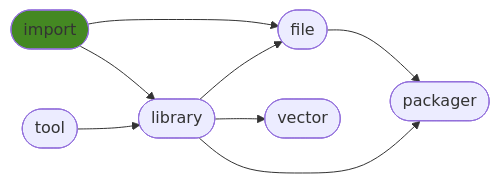
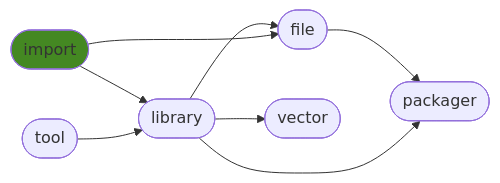
Before and after one commit to ManderaGeneral/generalimport: the diagram in README.md, drawn with Mermaid. The commit also changed other lines of this file, not shown here.

````diff
--- a/README.md
+++ b/README.md
@@ -28,17 +28,17 @@
 ```mermaid
 flowchart LR
+2([library]) --> 4([vector])
 0([import]) --> 2([library])
-0([import]) --> 3([file])
-1([tool]) --> 2([library])
 2([library]) --> 3([file])
 3([file]) --> 5([packager])
-2([library]) --> 4([vector])
+1([tool]) --> 2([library])
+0([import]) --> 3([file])
 2([library]) --> 5([packager])
 click 0 "https://github.com/ManderaGeneral/generalimport"
 click 1 "https://github.com/ManderaGeneral/generaltool"
 click 2 "https://github.com/ManderaGeneral/generallibrary"
 click 3 "https://github.com/ManderaGeneral/generalfile"
 click 4 "https://github.com/ManderaGeneral/generalvector"
 click 5 "https://github.com/ManderaGeneral/generalpackager"
 style 0 fill:#482
 ```
````
